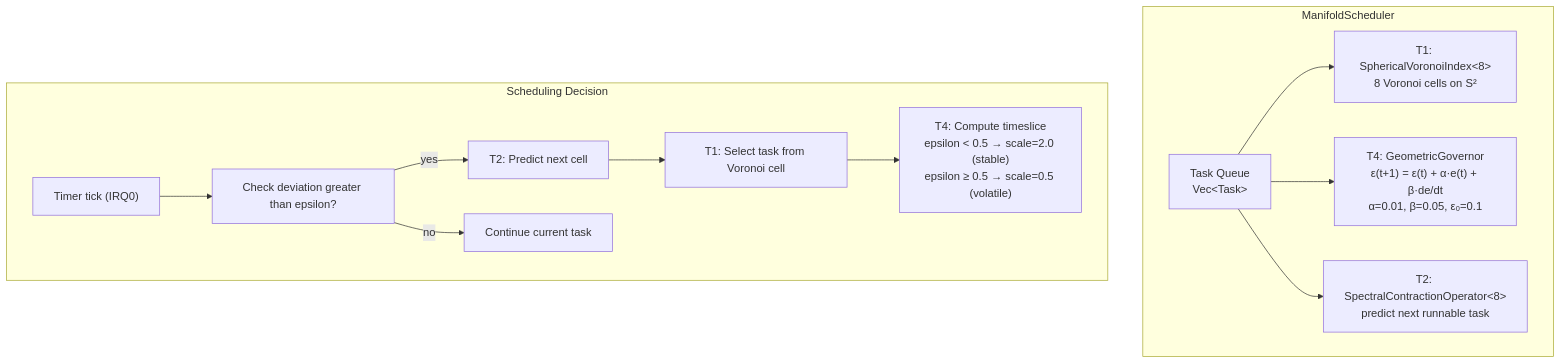
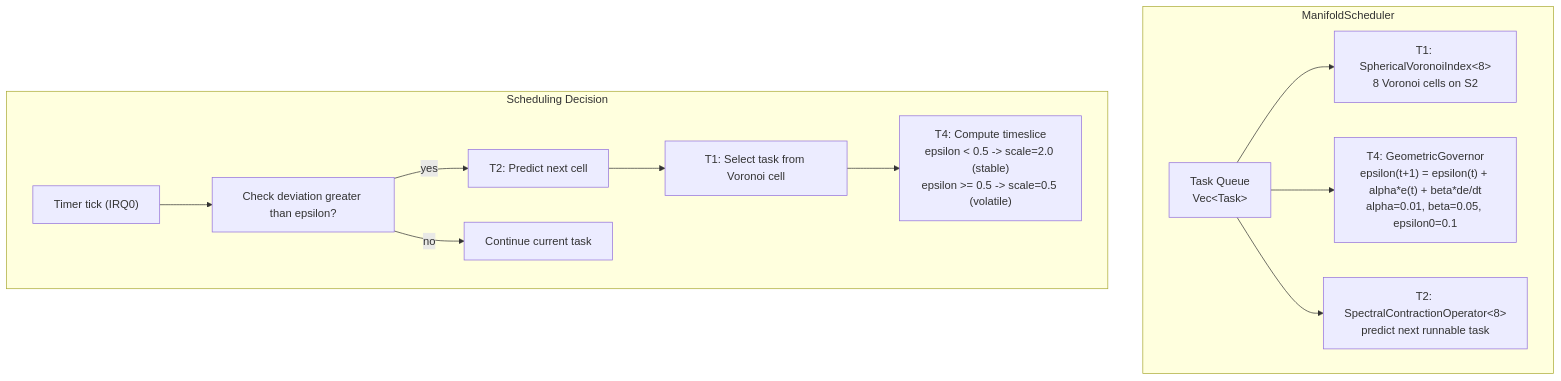
The sixth of 12 diagrams in README.md (teerthsharma/Epsilon-Hollow), drawn with Mermaid before and after one commit. The commit also changed other lines of this file and 55 other files, not shown here.

````diff
--- a/README.md
+++ b/README.md
@@ -1062,21 +1070,21 @@
 ```mermaid
 graph TD
     subgraph SG29["ManifoldScheduler"]
         TASKS["Task Queue<br/>Vec&lt;Task&gt;"]
-        VOR["T1: SphericalVoronoiIndex&lt;8&gt;<br/>8 Voronoi cells on S²"]
-        GOV["T4: GeometricGovernor<br/>ε(t+1) = ε(t) + α·e(t) + β·de/dt<br/>α=0.01, β=0.05, ε₀=0.1"]
+        VOR["T1: SphericalVoronoiIndex&lt;8&gt;<br/>8 Voronoi cells on S2"]
+        GOV["T4: GeometricGovernor<br/>epsilon(t+1) = epsilon(t) + alpha*e(t) + beta*de/dt<br/>alpha=0.01, beta=0.05, epsilon0=0.1"]
         PRED["T2: SpectralContractionOperator&lt;8&gt;<br/>predict next runnable task"]
     end
 
     subgraph SG30["Scheduling Decision"]
         TICK["Timer tick (IRQ0)"] --> CHECK["Check deviation greater than epsilon?"]
         CHECK -->|yes| PREDICT["T2: Predict next cell"]
         PREDICT --> CELL["T1: Select task from Voronoi cell"]
-        CELL --> TIMESLICE["T4: Compute timeslice<br/>epsilon < 0.5 → scale=2.0 (stable)<br/>epsilon ≥ 0.5 → scale=0.5 (volatile)"]
+        CELL --> TIMESLICE["T4: Compute timeslice<br/>epsilon &lt; 0.5 -> scale=2.0 (stable)<br/>epsilon &gt;= 0.5 -> scale=0.5 (volatile)"]
         CHECK -->|no| CONTINUE["Continue current task"]
     end
 
     TASKS --> VOR
     TASKS --> GOV
     TASKS --> PRED
 ```
````
